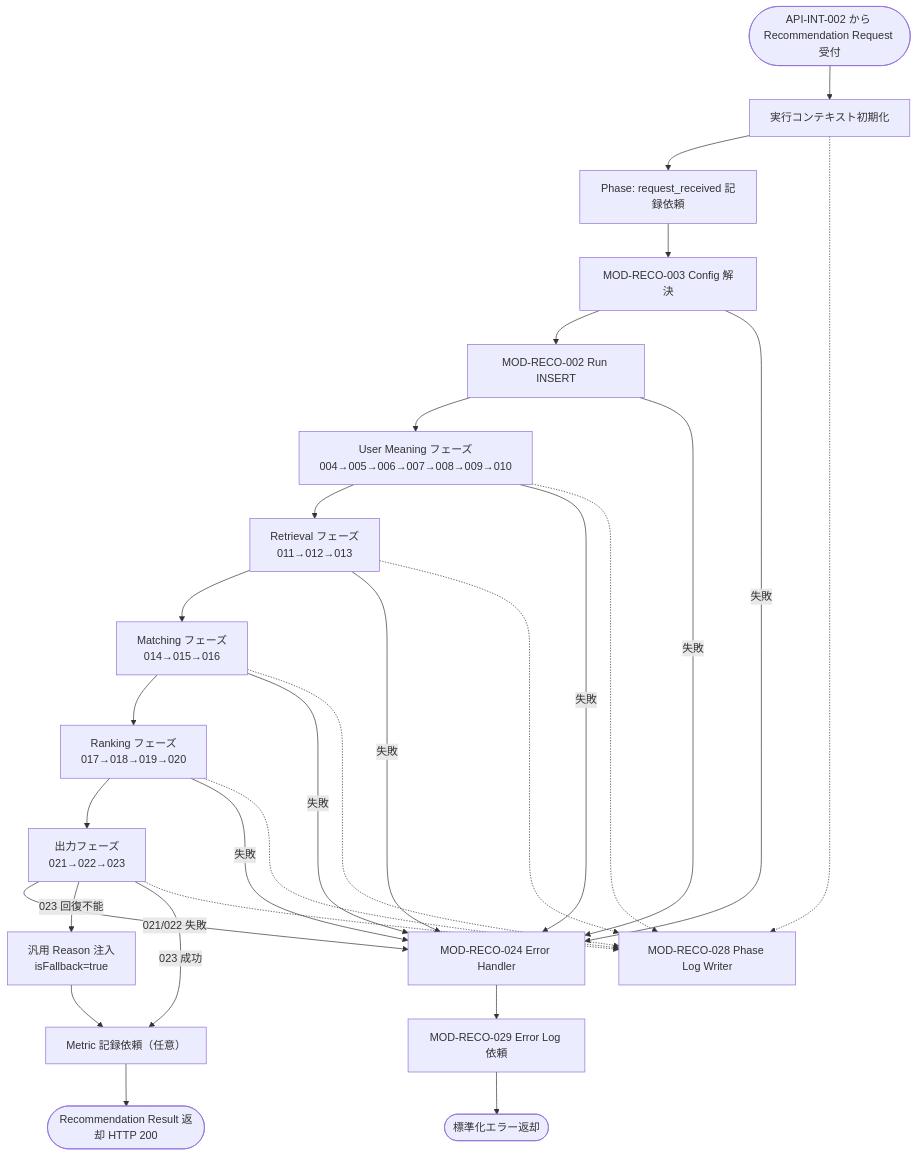
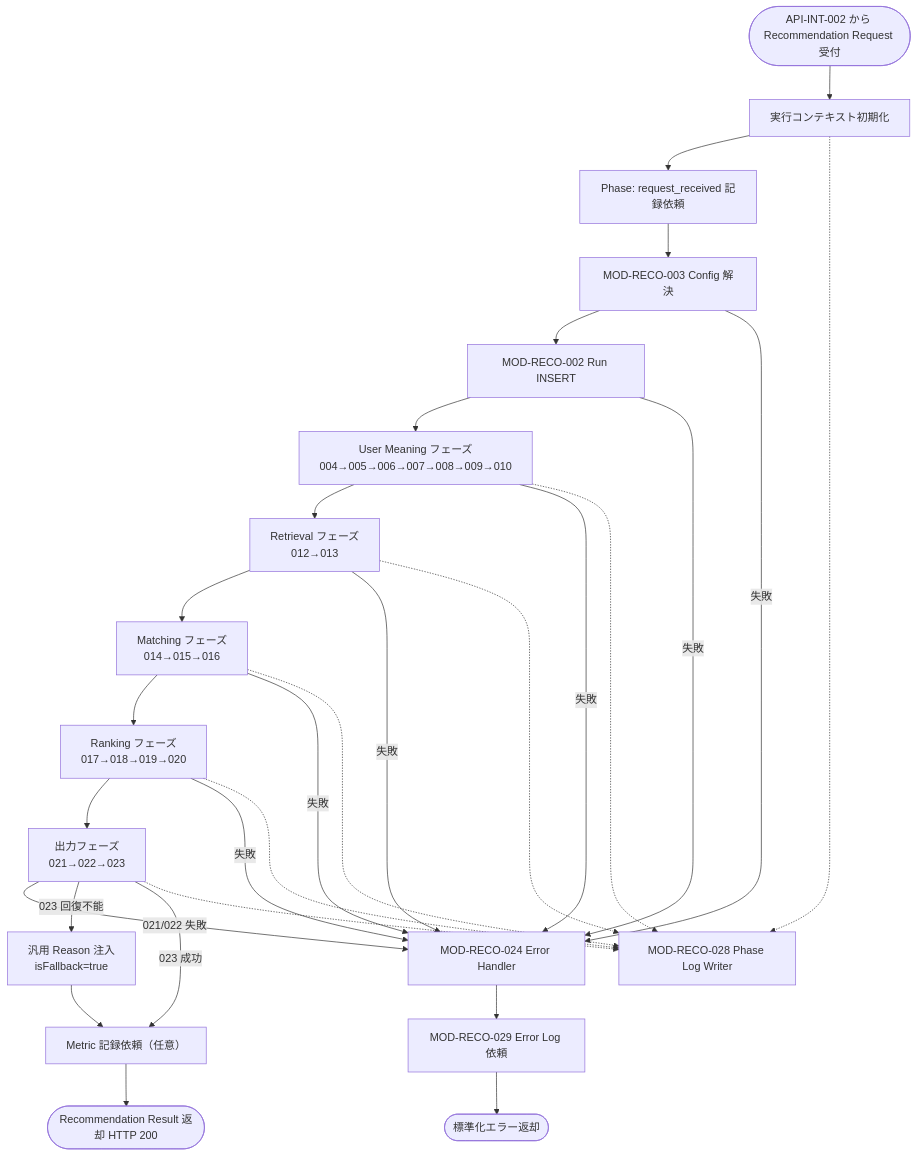
One commit to ryo-chan-k6/GiftRecommendAPP_MVP_CYCLE_3 changed the diagram in docs/06_実装設計/reco/MOD-RECO-001_Recommendation Orchestratorモジュール仕様書.md. Above: the diagram before and after it, drawn with Mermaid. The commit also changed other lines of this file and 11 other files, not shown here.

````diff
--- a/docs/06_実装設計/reco/MOD-RECO-001_Recommendation Orchestratorモジュール仕様書.md
+++ b/docs/06_実装設計/reco/MOD-RECO-001_Recommendation Orchestratorモジュール仕様書.md
@@ -153,33 +152,33 @@
 ```mermaid
 flowchart TD
     START([API-INT-002 から Recommendation Request 受付]) --> INIT[実行コンテキスト初期化]
     INIT --> P0[Phase: request_received 記録依頼]
     P0 --> R003[MOD-RECO-003 Config 解決]
     R003 --> R002[MOD-RECO-002 Run INSERT]
     R002 --> UM[User Meaning フェーズ<br/>004→005→006→007→008→009→010]
-    UM --> RT[Retrieval フェーズ<br/>011→012→013]
+    UM --> RT[Retrieval フェーズ<br/>012→013]
     RT --> MT[Matching フェーズ<br/>014→015→016]
     MT --> RK[Ranking フェーズ<br/>017→018→019→020]
     RK --> OUT[出力フェーズ<br/>021→022→023]
     OUT -->|021/022 失敗| ERR[MOD-RECO-024 Error Handler]
     OUT -->|023 回復不能| FB[汎用 Reason 注入<br/>isFallback=true]
     FB --> MET[Metric 記録依頼（任意）]
     OUT -->|023 成功| MET
     MET --> SUCCESS([Recommendation Result 返却 HTTP 200])
 
     R003 -->|失敗| ERR
     R002 -->|失敗| ERR
     UM -->|失敗| ERR
     RT -->|失敗| ERR
     MT -->|失敗| ERR
     RK -->|失敗| ERR
     ERR --> ELOG[MOD-RECO-029 Error Log 依頼]
     ELOG --> FAIL([標準化エラー返却])
 
     INIT -.-> PLW[MOD-RECO-028 Phase Log Writer]
     UM -.-> PLW
     RT -.-> PLW
     MT -.-> PLW
     RK -.-> PLW
     OUT -.-> PLW
 ```
````
